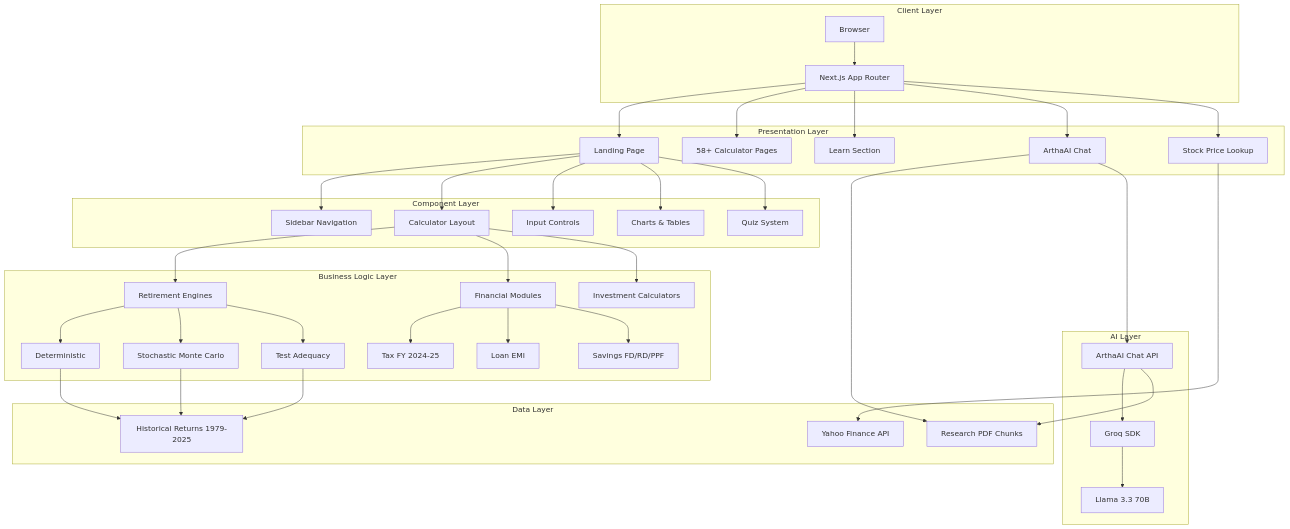
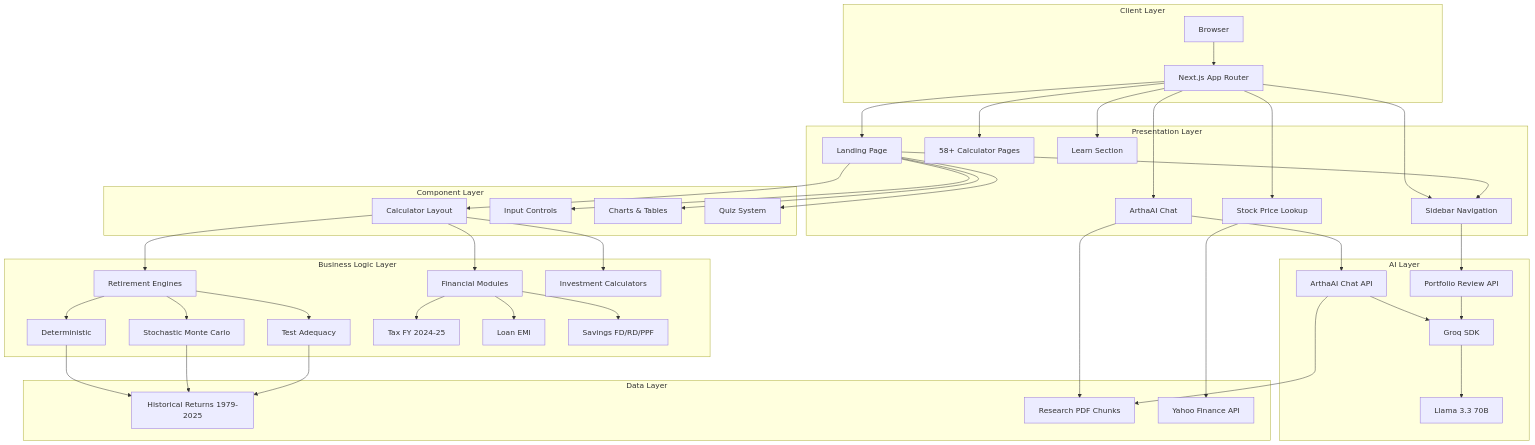
Before and after one commit to srathi/ai-powered-finance-rupee-map: the first of 7 diagrams in README.md, drawn with Mermaid. The commit also changed other lines of this file, not shown here.

Commit message:
docs: Update README with Portfolio Review feature

````diff
--- a/README.md
+++ b/README.md
@@ -97,49 +103,52 @@
 ```mermaid
 graph TB
     subgraph "Client Layer"
         A[Browser] --> B[Next.js App Router]
     end
 
     subgraph "Presentation Layer"
         B --> C[Landing Page]
         B --> D[58+ Calculator Pages]
         B --> E[Learn Section]
         B --> F[ArthaAI Chat]
         B --> G[Stock Price Lookup]
+        B --> H[Portfolio Review]
     end
 
     subgraph "Component Layer"
         C --> H[Sidebar Navigation]
         C --> I[Calculator Layout]
         C --> J[Input Controls]
         C --> K[Charts & Tables]
         C --> L[Quiz System]
     end
 
     subgraph "Business Logic Layer"
         I --> M[Retirement Engines]
         I --> N[Financial Modules]
         I --> O[Investment Calculators]
         M --> P[Deterministic]
         M --> Q[Stochastic Monte Carlo]
         M --> R[Test Adequacy]
         N --> S[Tax FY 2024-25]
         N --> T[Loan EMI]
         N --> U[Savings FD/RD/PPF]
     end
 
     subgraph "Data Layer"
         P --> V[Historical Returns 1979-2025]
         Q --> V
         R --> V
         F --> W[Research PDF Chunks]
         G --> X[Yahoo Finance API]
     end
 
     subgraph "AI Layer"
         F --> Y[ArthaAI Chat API]
         Y --> Z[Groq SDK]
         Z --> AA[Llama 3.3 70B]
         Y --> W
+        H --> AB[Portfolio Review API]
+        AB --> Z
     end
 ```
````
